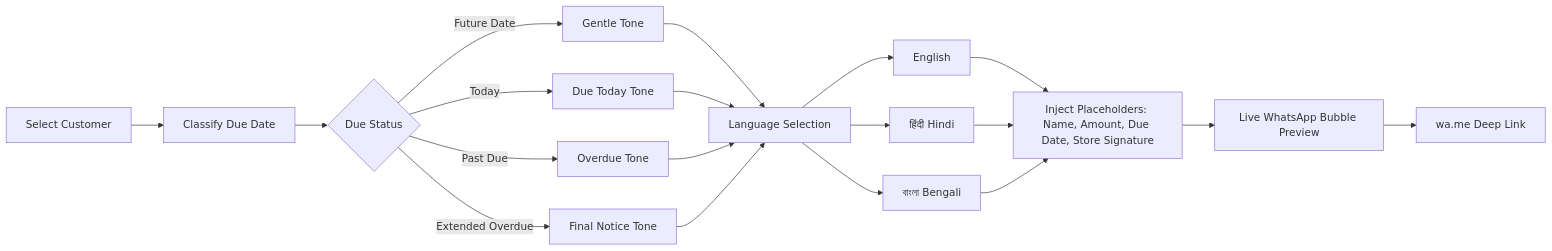
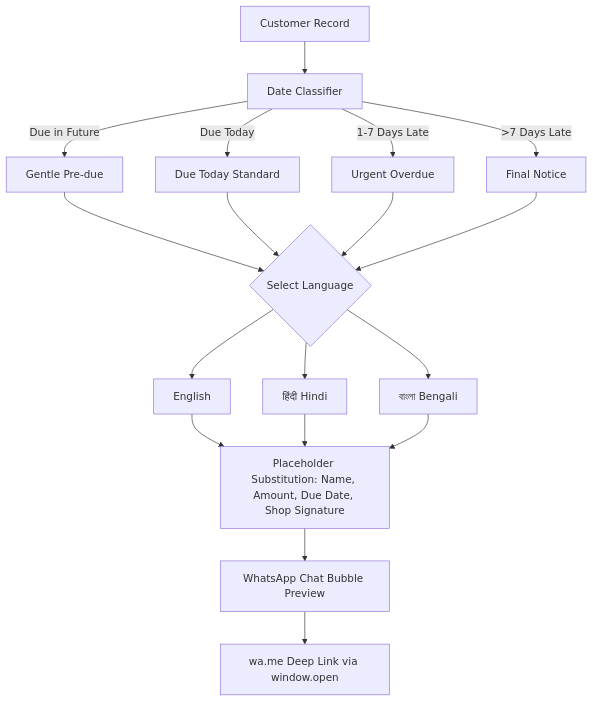
Before and after one commit to joydeepdas-01/BahiKhata: the fifth of 6 diagrams in README.md, drawn with Mermaid. The commit also changed other lines of this file and 12 other files, not shown here.

````diff
--- a/README.md
+++ b/README.md
@@ -239,18 +292,17 @@
 ```mermaid
-flowchart LR
-    A[Select Customer] --> B[Classify Due Date]
-    B --> C{Due Status}
-    C -->|Future Date| T1[Gentle Tone]
-    C -->|Today| T2[Due Today Tone]
-    C -->|Past Due| T3[Overdue Tone]
-    C -->|Extended Overdue| T4[Final Notice Tone]
-    
-    T1 & T2 & T3 & T4 --> D[Language Selection]
-    D --> E[English]
-    D --> F[हिंदी Hindi]
-    D --> G[বাংলা Bengali]
-    
-    E & F & G --> H[Inject Placeholders: Name, Amount, Due Date, Store Signature]
-    H --> I[Live WhatsApp Bubble Preview]
-    I --> J[wa.me Deep Link]
+flowchart TD
+    Cust[Customer Record] --> Classify[Date Classifier]
+    Classify -->|Due in Future| Tone1[Gentle Pre-due]
+    Classify -->|Due Today| Tone2[Due Today Standard]
+    Classify -->|1-7 Days Late| Tone3[Urgent Overdue]
+    Classify -->|>7 Days Late| Tone4[Final Notice]
+
+    Tone1 & Tone2 & Tone3 & Tone4 --> LangSelect{Select Language}
+    LangSelect --> L1[English]
+    LangSelect --> L2[हिंदी Hindi]
+    LangSelect --> L3[বাংলা Bengali]
+
+    L1 & L2 & L3 --> Interpolate[Placeholder Substitution: Name, Amount, Due Date, Shop Signature]
+    Interpolate --> Mockup[WhatsApp Chat Bubble Preview]
+    Mockup --> Send[wa.me Deep Link via window.open]
 ```
````
